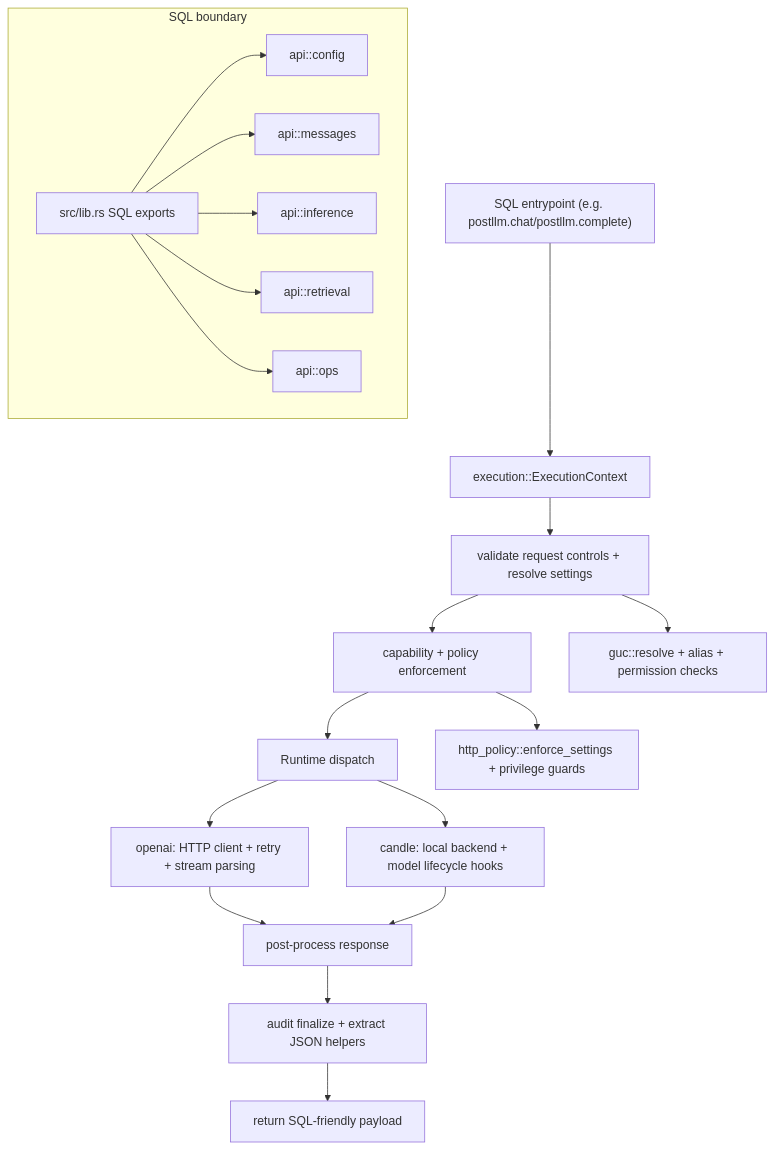
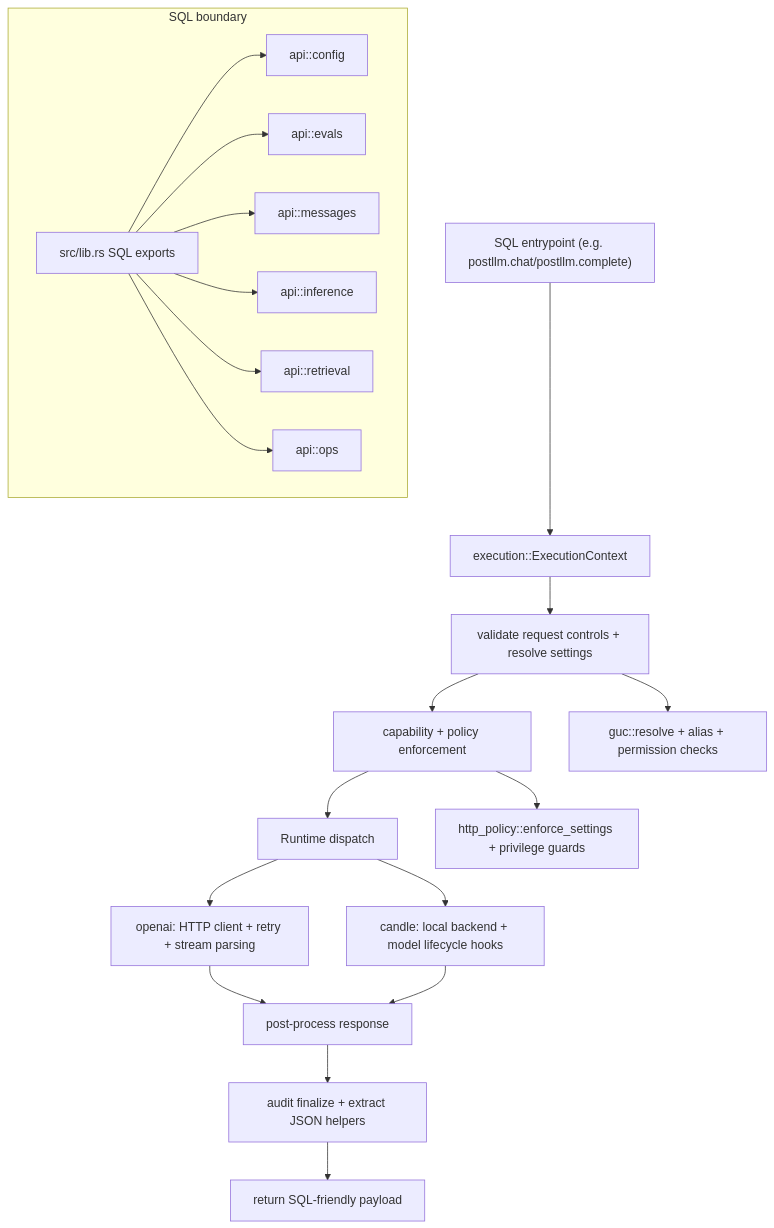
Before and after one commit to mrcsparker/postllm: the diagram in docs/architecture.md, drawn with Mermaid. The commit also changed other lines of this file and 7 other files, not shown here.

````diff
--- a/docs/architecture.md
+++ b/docs/architecture.md
@@ -5,30 +5,32 @@
 ```mermaid
 flowchart TD
     A["SQL entrypoint (e.g. postllm.chat/postllm.complete)"] --> B["execution::ExecutionContext"]
     B --> C["validate request controls + resolve settings"]
     C --> D["capability + policy enforcement"]
     D --> E["Runtime dispatch"]
     E --> F["openai: HTTP client + retry + stream parsing"]
     E --> G["candle: local backend + model lifecycle hooks"]
     F --> H["post-process response"]
     G --> H
     H --> I["audit finalize + extract JSON helpers"]
     I --> J["return SQL-friendly payload"]
     C --> K["guc::resolve + alias + permission checks"]
     D --> L["http_policy::enforce_settings + privilege guards"]
 
     subgraph "SQL boundary"
         S["src/lib.rs SQL exports"]
         N["api::config"]
+        M["api::evals"]
         O["api::messages"]
         P["api::inference"]
         Q["api::retrieval"]
         R["api::ops"]
     end
 
     S --> N
+    S --> M
     S --> O
     S --> P
     S --> Q
     S --> R
 ```
````
